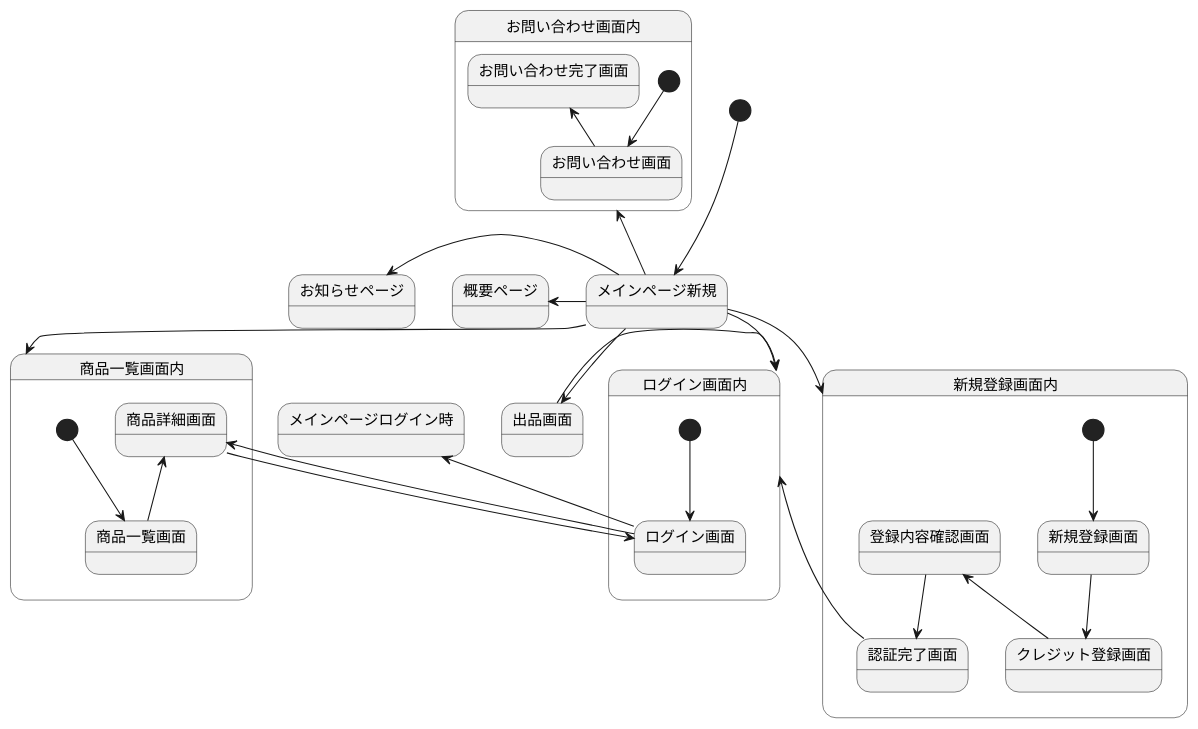
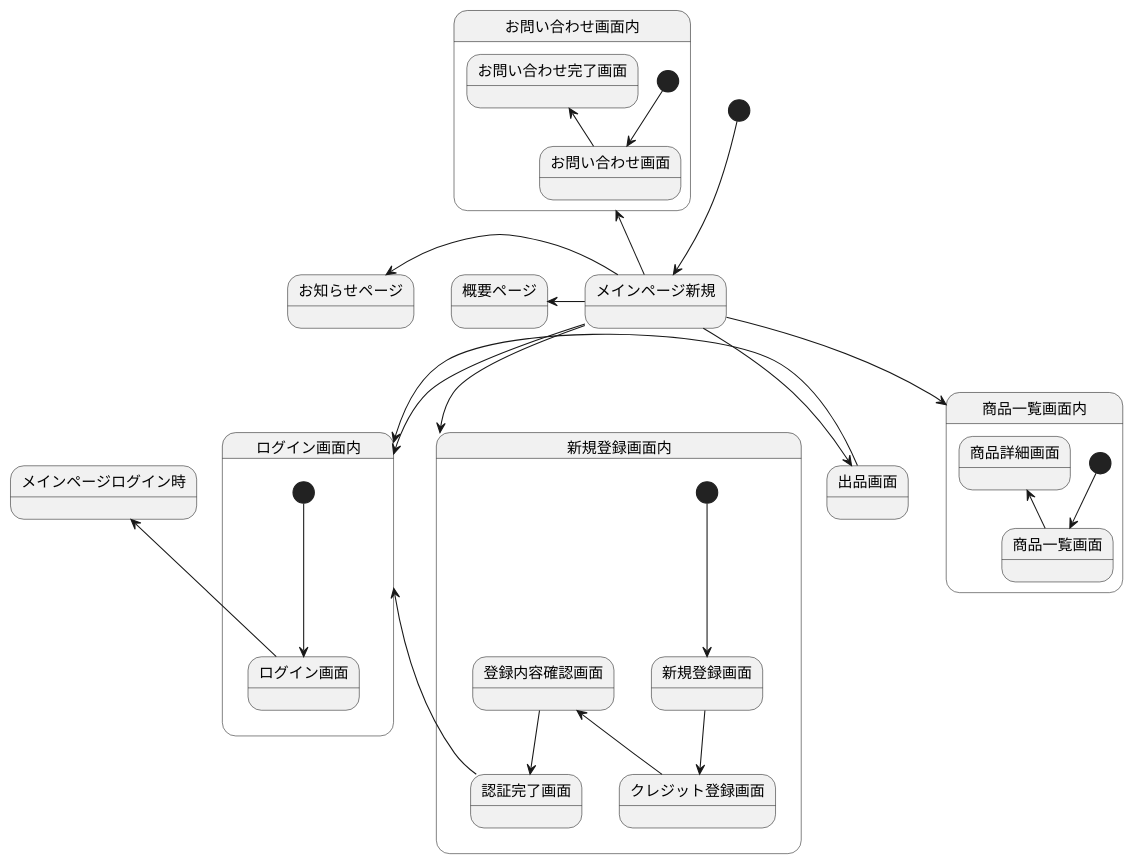
Before and after one commit to Aso2001147/2021SystemDesign: the diagram in 画面遷移図.md, drawn with PlantUML.

````diff
--- a/画面遷移図.md
+++ b/画面遷移図.md
@@ -1,42 +1,39 @@
 ```uml
 @startuml
 [*] --> メインページ新規
 メインページ新規 -left-> 概要ページ
 メインページ新規 -up-> お問い合わせ画面内
 メインページ新規 -left-> お知らせページ
 メインページ新規 --> ログイン画面内
 メインページ新規 --> 商品一覧画面内
 メインページ新規 --> 新規登録画面内
 メインページ新規 -> 出品画面
 出品画面 -> ログイン画面内
 
 state 新規登録画面内{
 [*] --> 新規登録画面
 新規登録画面 -down-> クレジット登録画面
 クレジット登録画面 -up-> 登録内容確認画面
 登録内容確認画面 -down-> 認証完了画面
 認証完了画面 -up-> ログイン画面内
 }
 
 state ログイン画面内{
 [*] -down-> ログイン画面
 }
 
 ログイン画面 -up-> メインページログイン時
 
 state お問い合わせ画面内{
 [*] -down-> お問い合わせ画面
 お問い合わせ画面 -up-> お問い合わせ完了画面
 }
 
 state 商品一覧画面内{
 [*] -down-> 商品一覧画面
 商品一覧画面 -up-> 商品詳細画面
 }
 
-商品詳細画面 -> ログイン画面
-ログイン画面 -up-> 商品詳細画面
-
 
 @enduml
 ```
````
